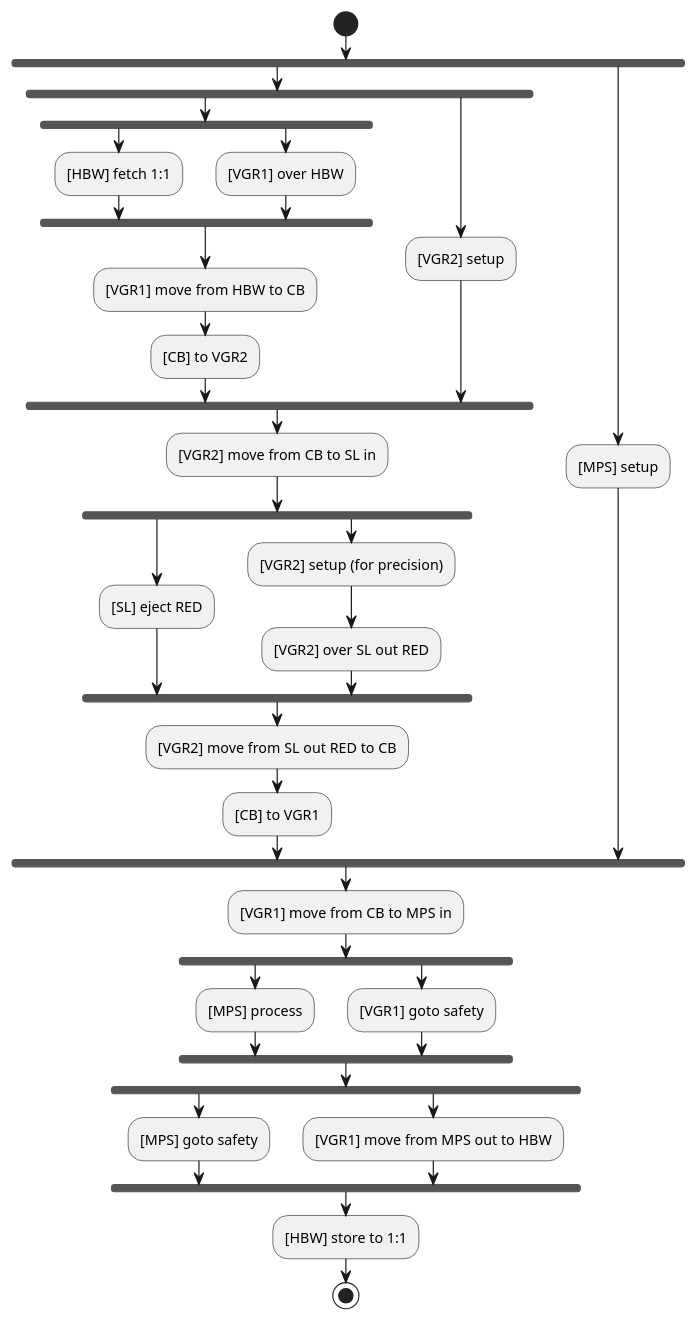
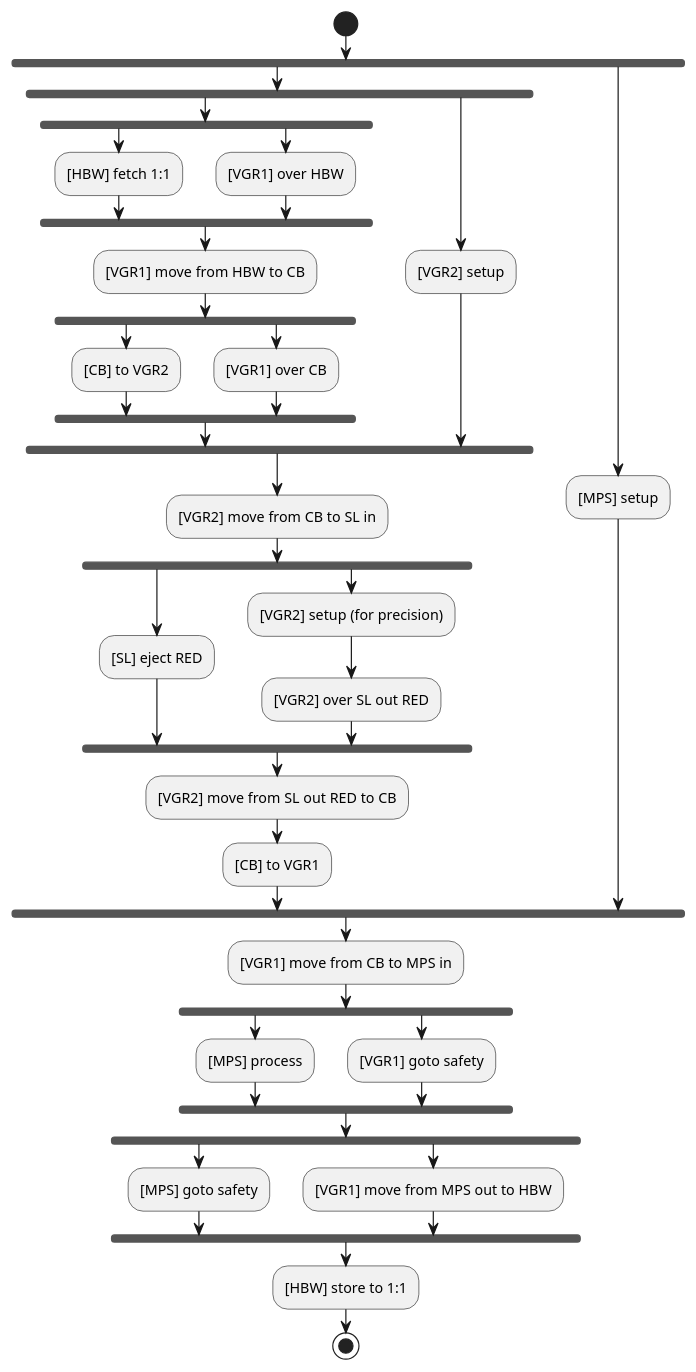
One commit to edt-edu/dt-setups changed the diagram in RWTH_Setup/scripts/mission-models/Island1-Fetch-Sort-Process-and-Store.puml. Above: the diagram before and after it, drawn with PlantUML. The commit also changed 1 other file, not shown here.

Commit message:
Prepare VGR1 for pickup after dropping off the payload by the CB

```diff
--- a/RWTH_Setup/scripts/mission-models/Island1-Fetch-Sort-Process-and-Store.puml
+++ b/RWTH_Setup/scripts/mission-models/Island1-Fetch-Sort-Process-and-Store.puml
@@ -1,50 +1,54 @@
 @startuml
 'https://plantuml.com/activity-diagram-beta
 
 start
 
 fork
   fork
     fork
       :[HBW] fetch 1:1;
     fork again
       :[VGR1] over HBW;
     end fork
     :[VGR1] move from HBW to CB;
-    :[CB] to VGR2;
+    fork
+      :[CB] to VGR2;
+    fork again
+      :[VGR1] over CB;
+    end fork
   fork again
     :[VGR2] setup;
   end fork
   :[VGR2] move from CB to SL in;
   fork
     :[SL] eject RED;
   fork again
     :[VGR2] setup (for precision);
     :[VGR2] over SL out RED;
   end fork
 
   :[VGR2] move from SL out RED to CB;
   :[CB] to VGR1;
 fork again
   :[MPS] setup;
 end fork
 
 :[VGR1] move from CB to MPS in;
 
 fork
   :[MPS] process;
 fork again
   :[VGR1] goto safety;
 end fork
 
 fork
   :[MPS] goto safety;
 fork again
   :[VGR1] move from MPS out to HBW;
 end fork
 
 :[HBW] store to 1:1;
 
 stop
 
 @enduml
```
